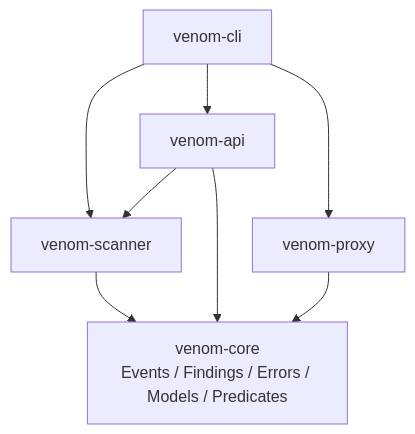
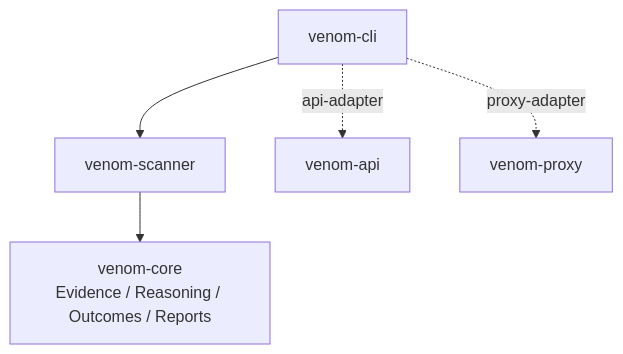
One commit to ITherso/termivar changed the first of 4 diagrams in docs/architecture.md. Above: the diagram before and after it, drawn with Mermaid. The commit also changed other lines of this file and 153 other files, not shown here.

````diff
--- a/docs/architecture.md
+++ b/docs/architecture.md
@@ -28,10 +28,7 @@
 ```mermaid
 flowchart TD
     CLI[venom-cli] --> Scanner[venom-scanner]
-    CLI --> API[venom-api]
-    CLI --> Proxy[venom-proxy]
-    API --> Scanner
-    Scanner --> Core["venom-core<br/>Events / Findings / Errors / Models / Predicates"]
-    API --> Core
-    Proxy --> Core
+    CLI -. "api-adapter" .-> API[venom-api]
+    CLI -. "proxy-adapter" .-> Proxy[venom-proxy]
+    Scanner --> Core["venom-core<br/>Evidence / Reasoning / Outcomes / Reports"]
 ```
````
